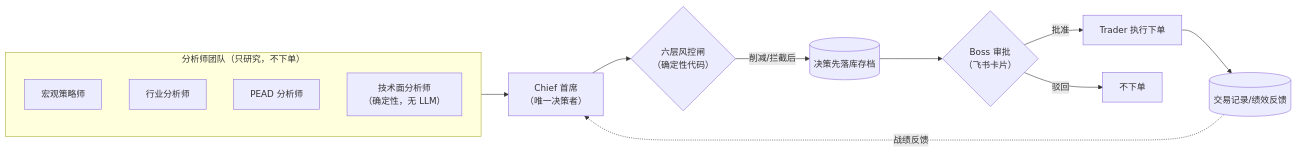
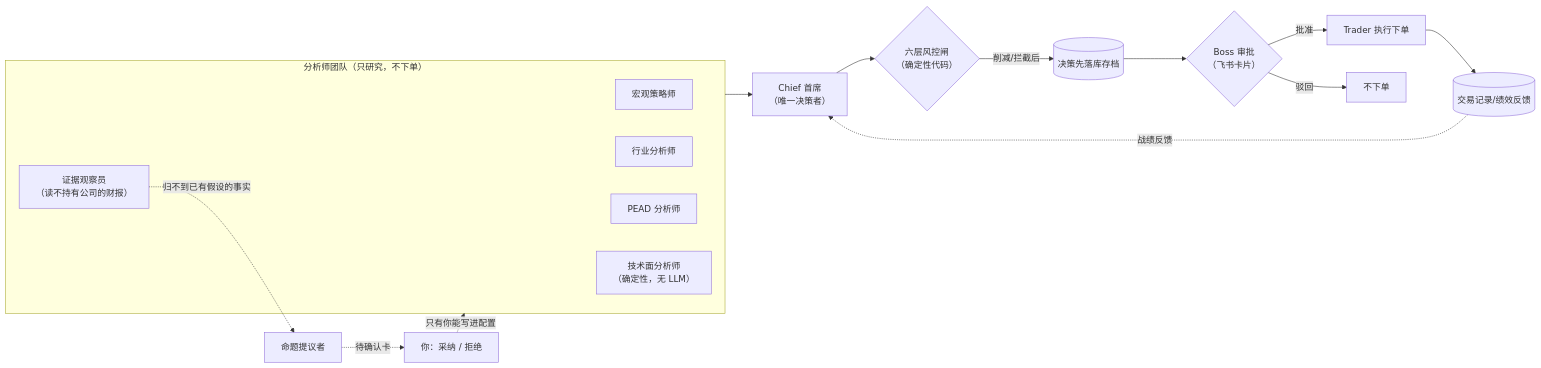
Before and after one commit to BradLeon/auto_stock_trading_agents: the first of 3 diagrams in README.md, drawn with Mermaid. The commit also changed other lines of this file and 3 other files, not shown here.

````diff
--- a/README.md
+++ b/README.md
@@ -66,17 +67,21 @@
 ```mermaid
 flowchart LR
     subgraph AN["分析师团队（只研究，不下单）"]
         MA[宏观策略师]
         SE[行业分析师]
         PE[PEAD 分析师]
         TE["技术面分析师<br/>（确定性，无 LLM）"]
+        EV["证据观察员<br/>（读不持有公司的财报）"]
     end
     AN --> CH["Chief 首席<br/>（唯一决策者）"]
+    EV -."归不到已有假设的事实".-> PR["命题提议者"]
+    PR -.待确认卡.-> YOU["你：采纳 / 拒绝"]
+    YOU -.只有你能写进配置.-> AN
     CH --> RG{"六层风控闸<br/>（确定性代码）"}
     RG -->|"削减/拦截后"| PD[(决策先落库存档)]
     PD --> BR{"Boss 审批<br/>（飞书卡片）"}
     BR -->|批准| TR[Trader 执行下单]
     BR -->|驳回| NO[不下单]
     TR --> ML[(交易记录/绩效反馈)]
     ML -.战绩反馈.-> CH
 ```
````
